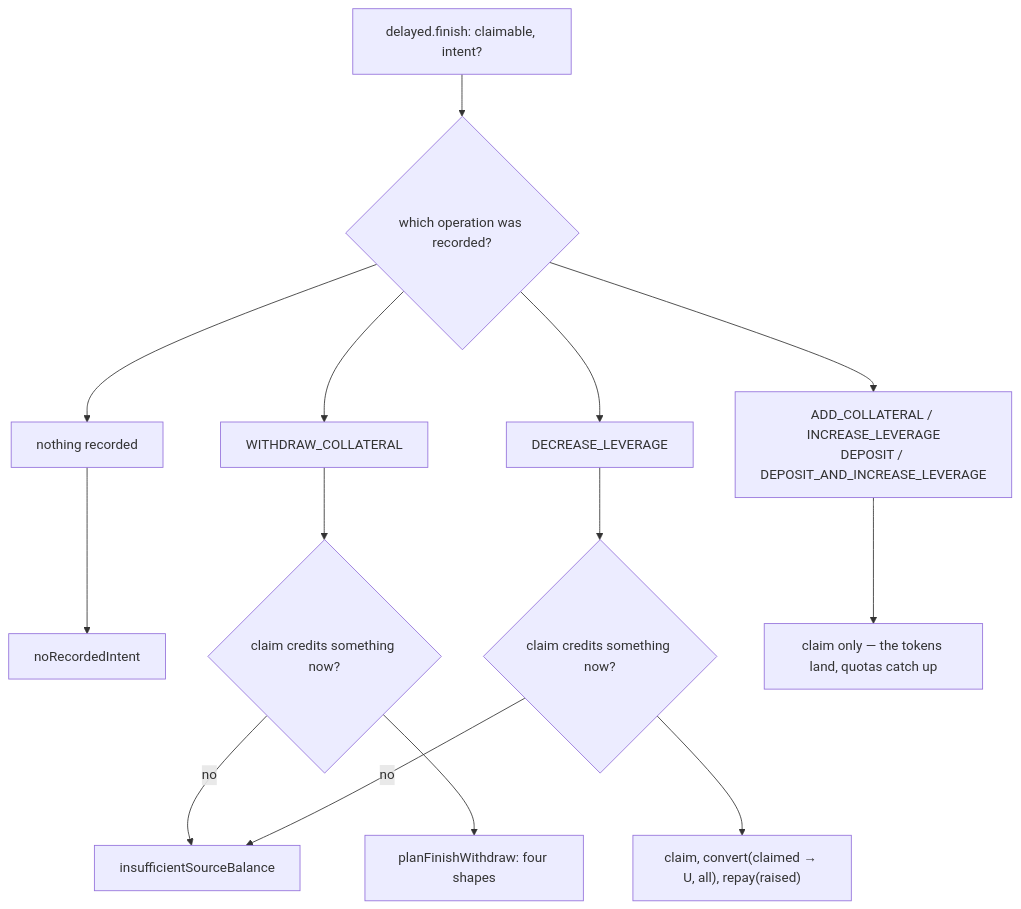
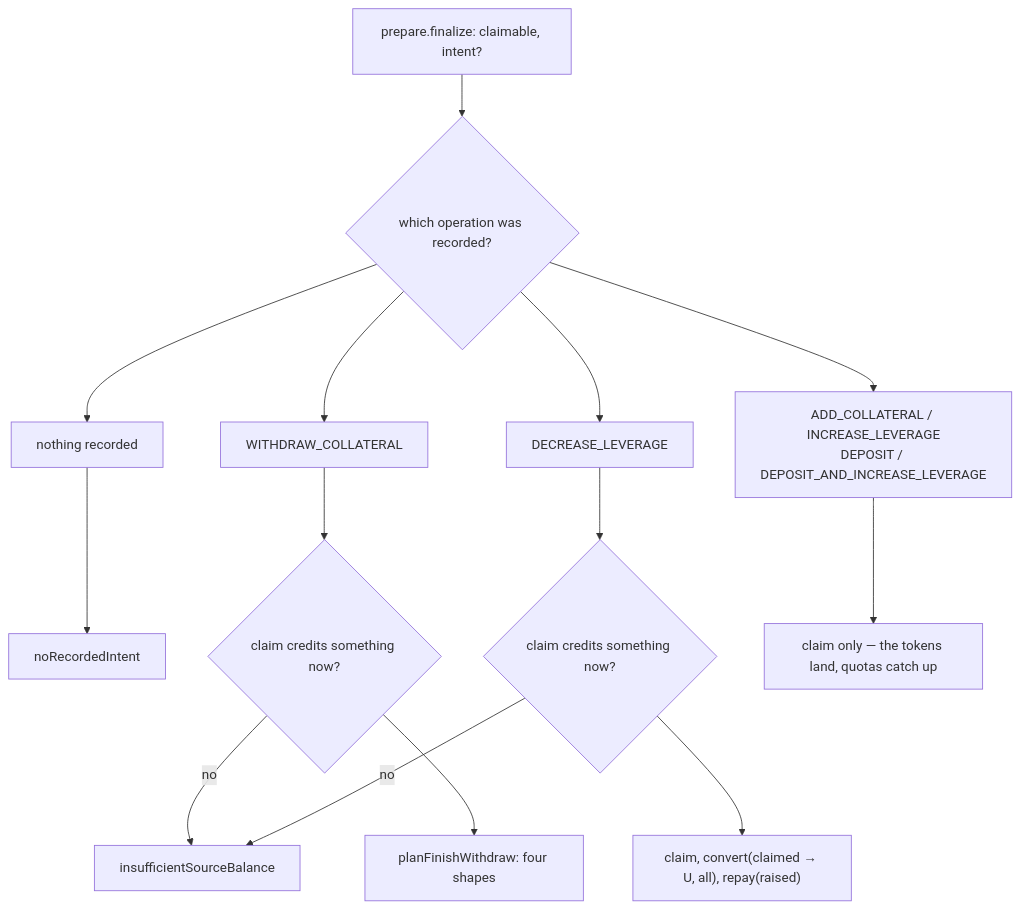
The fourth of 7 diagrams in docs/intents/delayed.md (Gearbox-protocol/sdk), drawn with Mermaid before and after one commit. The commit also changed other lines of this file and 24 other files, not shown here.

````diff
--- a/docs/intents/delayed.md
+++ b/docs/intents/delayed.md
@@ -101,23 +101,23 @@
 ```mermaid
 flowchart TD
-  in["delayed.finish: claimable, intent?"]
+  in["prepare.finalize: claimable, intent?"]
   rec{"which operation was recorded?"}
   w["WITHDRAW_COLLATERAL"]
   d["DECREASE_LEVERAGE"]
   c["ADD_COLLATERAL / INCREASE_LEVERAGE<br/>DEPOSIT / DEPOSIT_AND_INCREASE_LEVERAGE"]
   n["nothing recorded"]
 
   in --> rec
   rec --> w
   rec --> d
   rec --> c
   rec --> n
   n --> e1["noRecordedIntent"]
   w --> wq{"claim credits something now?"}
   d --> dq{"claim credits something now?"}
   wq -->|"no"| e2["insufficientSourceBalance"]
   dq -->|"no"| e2
   wq --> wp["planFinishWithdraw: four shapes"]
   dq --> dp["claim, convert(claimed → U, all), repay(raised)"]
   c --> cp["claim only — the tokens land, quotas catch up"]
 ```
````
